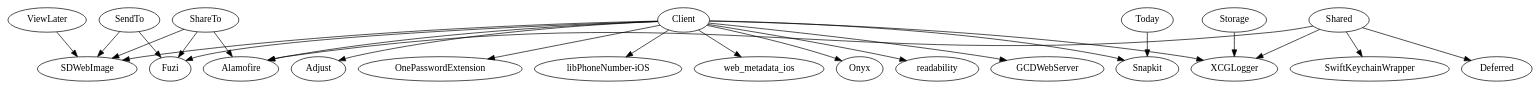
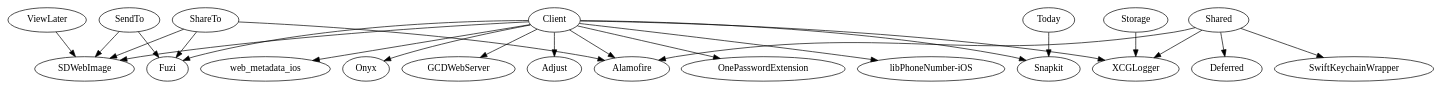
The diagram in focus-ios/Docs/Dependency Graphs/dot-files/digraph-fxios-carthage.dot (isabelrios/firefox-ios), drawn with Graphviz before and after one commit. The commit also changed 7 other files, not shown here.

```diff
--- a/focus-ios/Docs/Dependency Graphs/dot-files/digraph-fxios-carthage.dot
+++ b/focus-ios/Docs/Dependency Graphs/dot-files/digraph-fxios-carthage.dot
@@ -1,26 +1,25 @@
 digraph FxiOSCarthage {
   "Client" -> "Alamofire"
   "Client" -> "Snapkit"
   "Client" -> "SDWebImage"
   "Client" -> "GCDWebServer"
   "Client" -> "Adjust"
   "Client" -> "OnePasswordExtension"
   "Client" -> "libPhoneNumber-iOS"
   "Client" -> "web_metadata_ios"
   "Client" -> "XCGLogger"
   "Client" -> "Fuzi"
   "Client" -> "Onyx"
-  "Client" -> "readability"
   "ShareTo" -> "Alamofire"
   "ShareTo" -> "SDWebImage"
   "ShareTo" -> "Fuzi"
   "Shared" -> "Alamofire"
   "Shared" -> "XCGLogger"
   "Shared" -> "SwiftKeychainWrapper"
   "Shared" -> "Deferred"
   "Today" -> "Snapkit"
   "SendTo" -> "SDWebImage"
   "SendTo" -> "Fuzi"
   "ViewLater" -> "SDWebImage"
   "Storage" -> "XCGLogger"
 }
```
